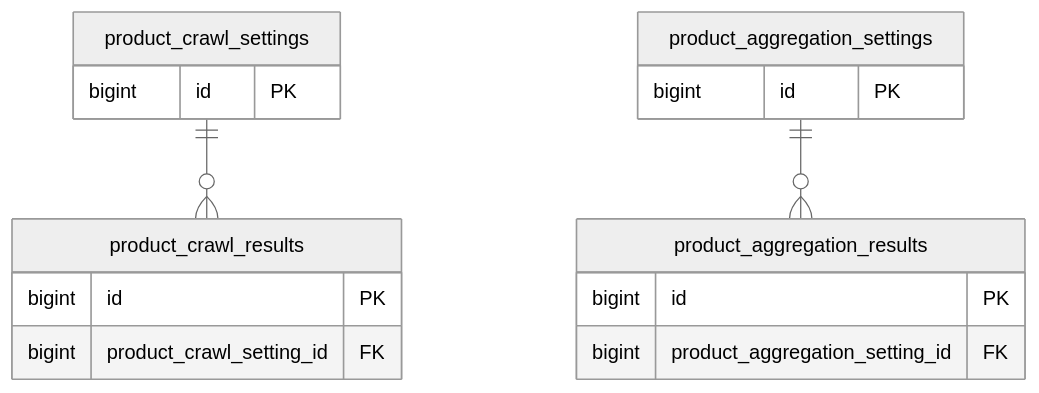
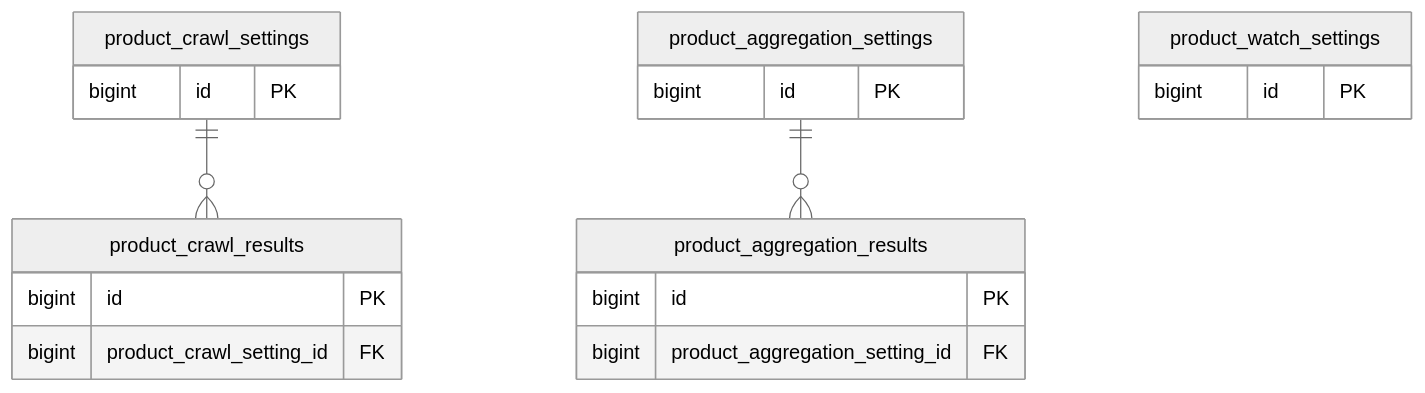
Diagram 11 of 11 in docs/database/association.md (kuroweb/price-monitoring), drawn with Mermaid (neutral theme) before and after one commit. The commit also changed other lines of this file and 34 other files, not shown here.

````diff
--- a/docs/database/association.md
+++ b/docs/database/association.md
@@ -296,19 +296,22 @@
 ```mermaid
 erDiagram
   product_crawl_settings {
     bigint id PK
   }
   product_crawl_results {
     bigint id PK
     bigint product_crawl_setting_id FK
   }
   product_aggregation_settings {
     bigint id PK
   }
   product_aggregation_results {
     bigint id PK
     bigint product_aggregation_setting_id FK
   }
+  product_watch_settings {
+    bigint id PK
+  }
   product_crawl_settings ||--o{ product_crawl_results : ""
   product_aggregation_settings ||--o{ product_aggregation_results : ""
 ```
````
